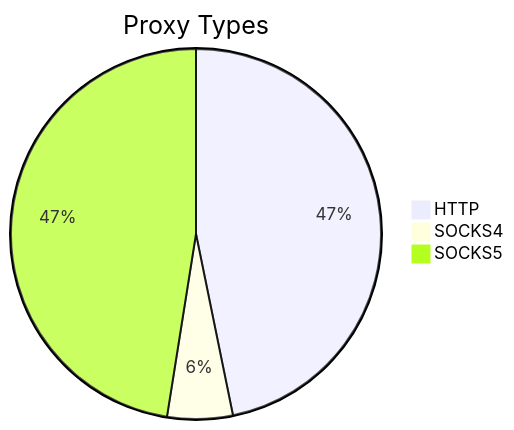
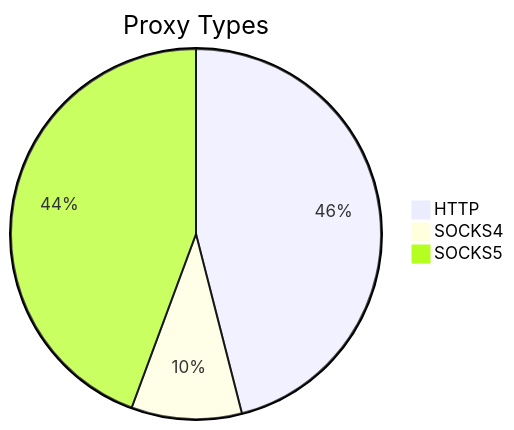
Before and after one commit to stormsia/proxy-list: the first of 2 diagrams in README.md, drawn with Mermaid. The commit also changed other lines of this file, not shown here.

````diff
--- a/README.md
+++ b/README.md
@@ -21,6 +21,6 @@
 ```mermaid
 pie title Proxy Types
-    "HTTP" : 336
-    "SOCKS4" : 41
-    "SOCKS5" : 341
+    "HTTP" : 444
+    "SOCKS4" : 93
+    "SOCKS5" : 428
 ```
````
